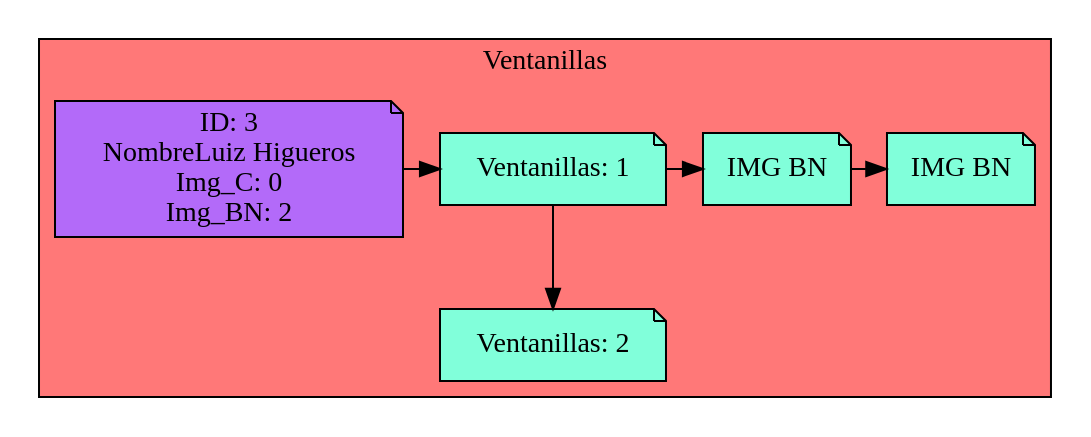
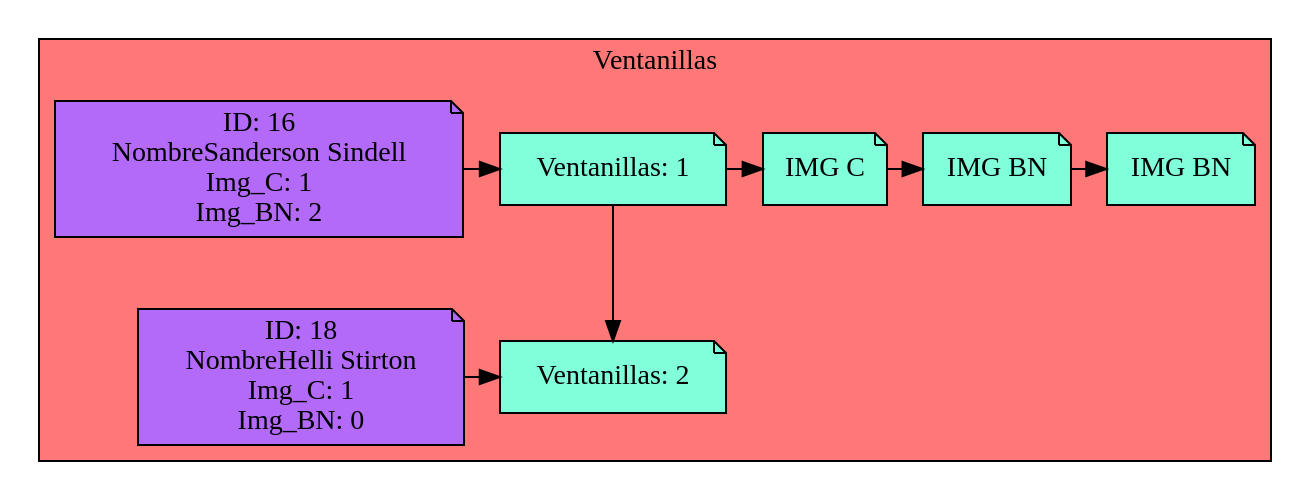
Before and after one commit to Serch-ING/EDD_UDRAWING_202000119: the diagram in Simple_Windows.dot, drawn with Graphviz. The commit also changed 13 other files, not shown here.

```diff
--- a/Simple_Windows.dot
+++ b/Simple_Windows.dot
@@ -1,23 +1,30 @@
 digraph L {
 node[shape=note fillcolor="#A181FF" style =filled]
 subgraph cluster_p{
     label= " Ventanillas "
     bgcolor = "#FF7878"
 Nodo1192171522[label="Ventanillas: 1",fillcolor="#81FFDA",group=1]
 Nodo1661081225[label="Ventanillas: 2",fillcolor="#81FFDA",group=2]
 
 Nodo1192171522 -> Nodo1661081225
 
-Cliente1699679644[label="ID: 3
-NombreLuiz Higueros
-Img_C: 0
+Cliente712609105[label="ID: 16
+NombreSanderson Sindell
+Img_C: 1
 Img_BN: 2",fillcolor="#B36AF9",group=1]
-Cliente1699679644-> Nodo1192171522
-Nodo1219402581[label="IMG BN",fillcolor="#81FFDA"]
-Nodo1664439369[label="IMG BN",fillcolor="#81FFDA"]
-Nodo1219402581 -> Nodo1664439369
+Cliente712609105-> Nodo1192171522
+Nodo952562199[label="IMG C",fillcolor="#81FFDA"]
+Nodo1499136125[label="IMG BN",fillcolor="#81FFDA"]
+Nodo1793436274[label="IMG BN",fillcolor="#81FFDA"]
+Nodo952562199 -> Nodo1499136125
+Nodo1499136125 -> Nodo1793436274
 
-Nodo1192171522 -> Nodo1219402581
+Nodo1192171522 -> Nodo952562199
 
-{rank=same;Nodo1192171522,Cliente1699679644,Nodo1219402581,Nodo1664439369}
-{rank=same;Nodo1661081225}}}
+{rank=same;Nodo1192171522,Cliente712609105,Nodo952562199,Nodo1499136125,Nodo1793436274}
+Cliente1199673596[label="ID: 18
+NombreHelli Stirton
+Img_C: 1
+Img_BN: 0",fillcolor="#B36AF9",group=2]
+Cliente1199673596-> Nodo1661081225
+{rank=same;Nodo1661081225,Cliente1199673596}}}
```
